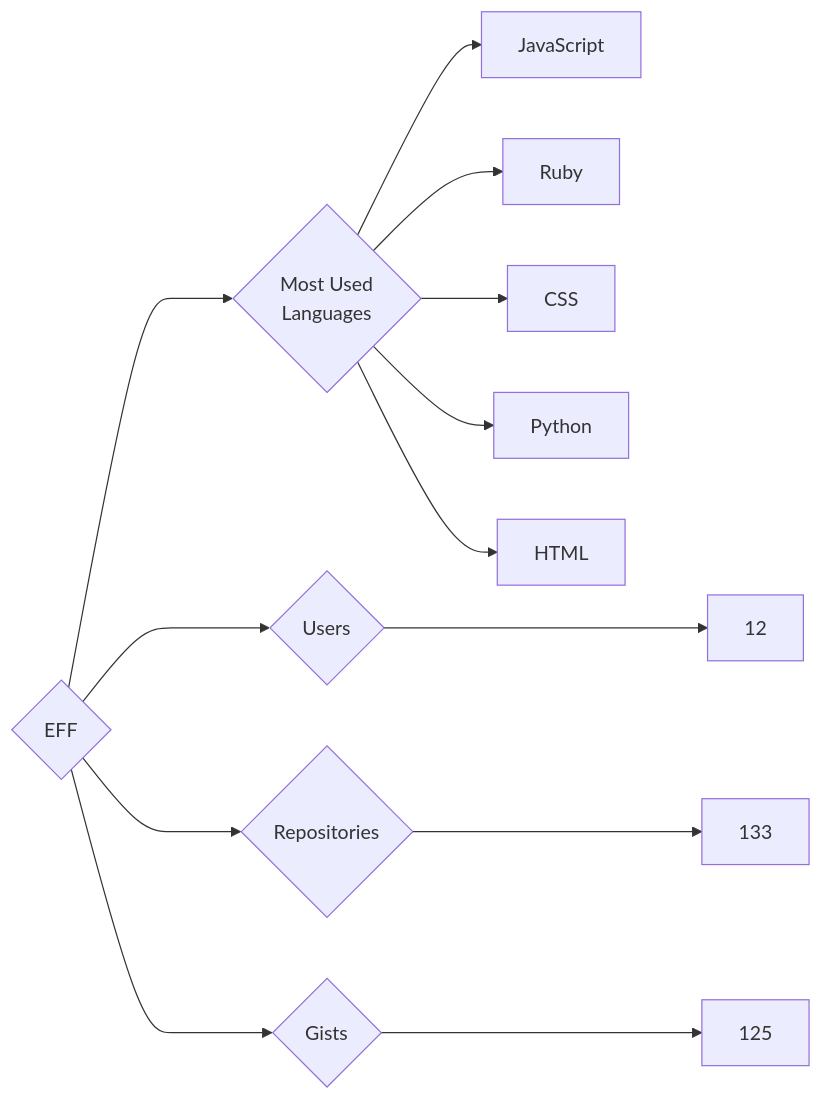
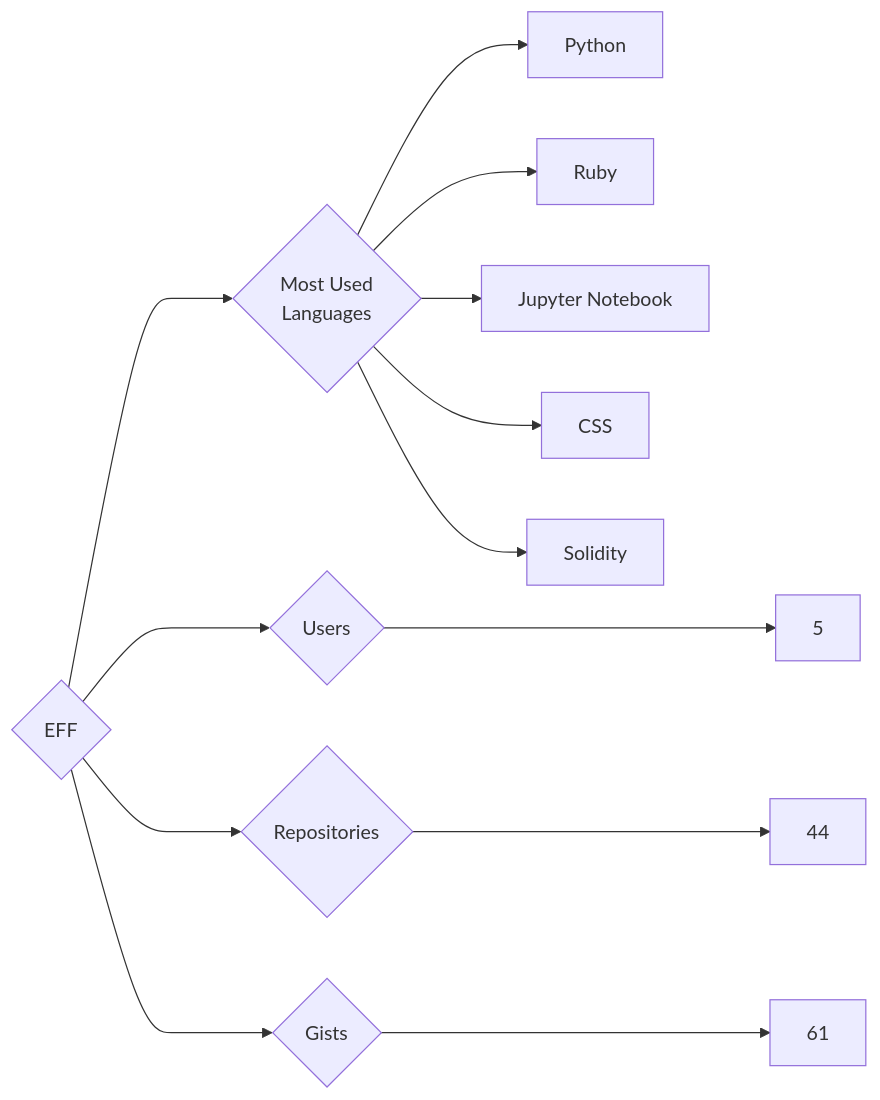
One commit to trickest/insiders changed the diagram in targets/EFF/README.md. Above: the diagram before and after it, drawn with Mermaid. The commit also changed 924 other files, not shown here.

````diff
--- a/targets/EFF/README.md
+++ b/targets/EFF/README.md
@@ -3,13 +3,13 @@
 ```mermaid
 graph LR
 COMPANY_NAME{EFF}
-COMPANY_NAME ---> U{Users} ---> UN[12]
-COMPANY_NAME ---> R{Repositories} ---> RN[133]
-COMPANY_NAME ---> G{Gists} ---> GN[125]
+COMPANY_NAME ---> U{Users} ---> UN[5]
+COMPANY_NAME ---> R{Repositories} ---> RN[44]
+COMPANY_NAME ---> G{Gists} ---> GN[61]
 COMPANY_NAME ---> ML{Most Used<br>Languages}
-ML --> JavaScript[JavaScript]
+ML --> Python[Python]
 ML --> Ruby[Ruby]
+ML --> Jupyter_Notebook[Jupyter Notebook]
 ML --> CSS[CSS]
-ML --> Python[Python]
-ML --> HTML[HTML]
+ML --> Solidity[Solidity]
 ```
````
